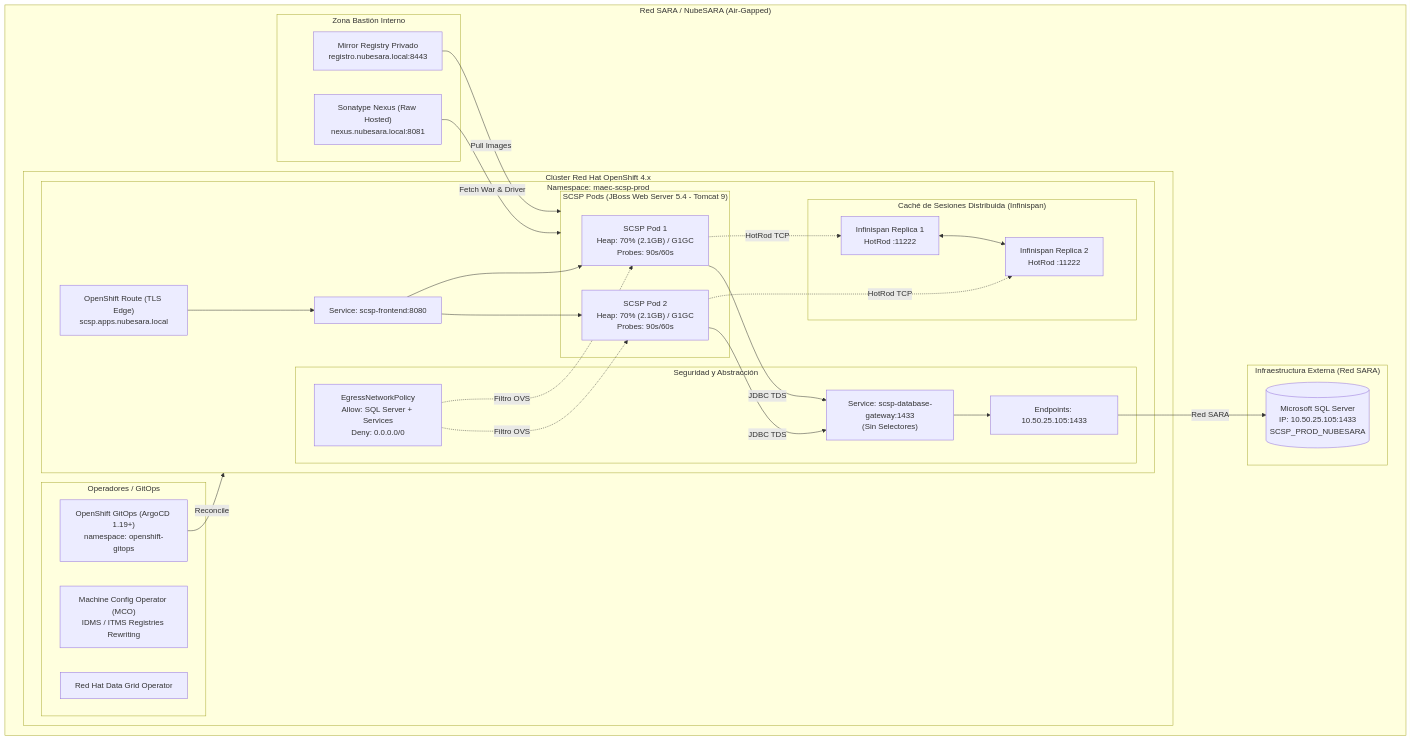
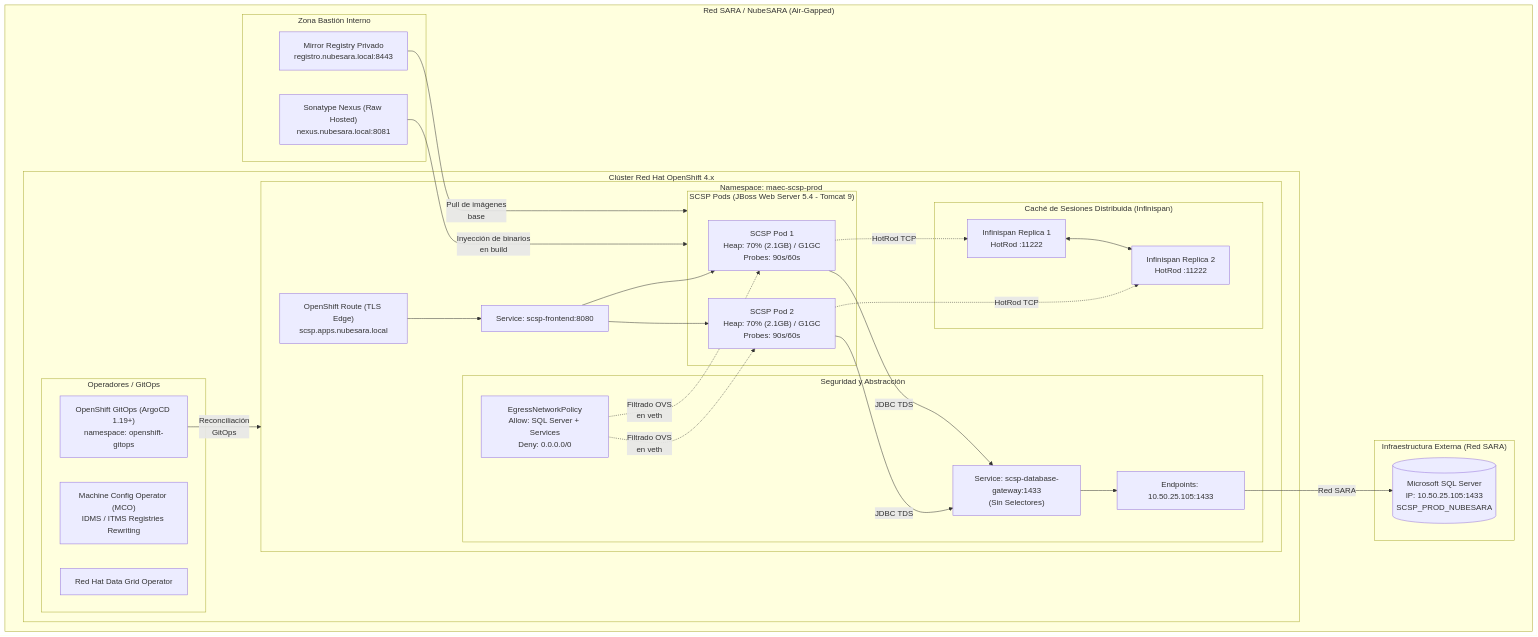
The diagram in docs/diagrams/architecture-overview.mermaid (nubenetes/OpenShift-MAEC-SCSP-J2EE-Lift-and-shift), drawn with Mermaid before and after one commit. The commit also changed 1 other file, not shown here.

Commit message:
fix(diagrams): wrap long edge labels and expand link lengths to prevent SVG text clipping

```diff
--- a/docs/diagrams/architecture-overview.mermaid
+++ b/docs/diagrams/architecture-overview.mermaid
@@ -1,56 +1,56 @@
 graph TB
     subgraph RedSARA["Red SARA / NubeSARA (Air-Gapped)"]
         subgraph BastionZone["Zona Bastión Interno"]
             Quay["Mirror Registry Privado<br/>registro.nubesara.local:8443"]
             Nexus["Sonatype Nexus (Raw Hosted)<br/>nexus.nubesara.local:8081"]
         end
 
         subgraph OCPCluster["Clúster Red Hat OpenShift 4.x"]
             subgraph ControlPlane["Operadores / GitOps"]
                 ArgoCD["OpenShift GitOps (ArgoCD 1.19+)<br/>namespace: openshift-gitops"]
                 MCO["Machine Config Operator (MCO)<br/>IDMS / ITMS Registries Rewriting"]
                 DataGridOp["Red Hat Data Grid Operator"]
             end
 
             subgraph WorkloadNS["Namespace: maec-scsp-prod"]
                 Route["OpenShift Route (TLS Edge)<br/>scsp.apps.nubesara.local"]
                 Service["Service: scsp-frontend:8080"]
                 
                 subgraph AppPods["SCSP Pods (JBoss Web Server 5.4 - Tomcat 9)"]
                     Pod1["SCSP Pod 1<br/>Heap: 70% (2.1GB) / G1GC<br/>Probes: 90s/60s"]
                     Pod2["SCSP Pod 2<br/>Heap: 70% (2.1GB) / G1GC<br/>Probes: 90s/60s"]
                 end
 
                 subgraph CacheTier["Caché de Sesiones Distribuida (Infinispan)"]
                     Infinispan1["Infinispan Replica 1<br/>HotRod :11222"]
                     Infinispan2["Infinispan Replica 2<br/>HotRod :11222"]
                 end
 
                 subgraph NetworkSecurity["Seguridad y Abstracción"]
                     Egress["EgressNetworkPolicy<br/>Allow: SQL Server + Services<br/>Deny: 0.0.0.0/0"]
                     DBService["Service: scsp-database-gateway:1433<br/>(Sin Selectores)"]
                     DBEndpoints["Endpoints: 10.50.25.105:1433"]
                 end
             end
         end
 
         subgraph LegacyInfra["Infraestructura Externa (Red SARA)"]
             SQLServer[("Microsoft SQL Server<br/>IP: 10.50.25.105:1433<br/>SCSP_PROD_NUBESARA")]
         end
     end
 
     Route --> Service
     Service --> Pod1
     Service --> Pod2
     Pod1 -.->|HotRod TCP| Infinispan1
     Pod2 -.->|HotRod TCP| Infinispan2
     Infinispan1 <--> Infinispan2
     Pod1 -->|JDBC TDS| DBService
     Pod2 -->|JDBC TDS| DBService
     DBService --> DBEndpoints
     DBEndpoints -->|Red SARA| SQLServer
-    Egress -.->|Filtro OVS| Pod1
-    Egress -.->|Filtro OVS| Pod2
-    ArgoCD -->|Reconcile| WorkloadNS
-    Quay -->|Pull Images| AppPods
-    Nexus -->|Fetch War & Driver| AppPods
+    Egress -.->|Filtrado OVS<br/>en veth| Pod1
+    Egress -.->|Filtrado OVS<br/>en veth| Pod2
+    ArgoCD --->|Reconciliación<br/>GitOps| WorkloadNS
+    Quay --->|Pull de imágenes<br/>base| AppPods
+    Nexus --->|Inyección de binarios<br/>en build| AppPods
```
